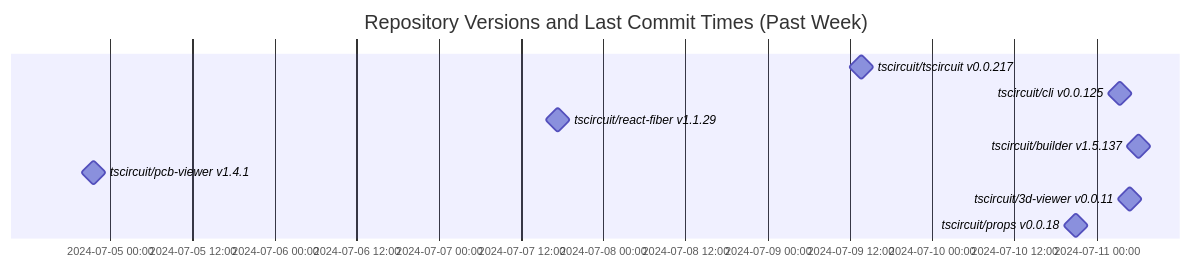
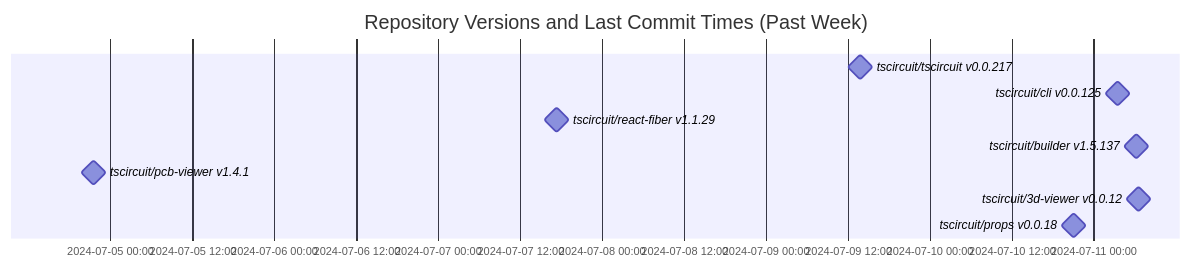
Before and after one commit to tscircuit/version-tracker: the diagram in README.md, drawn with Mermaid.

Commit message:
Update chart

````diff
--- a/README.md
+++ b/README.md
@@ -1,14 +1,14 @@
 ```mermaid
 gantt
   dateFormat  YYYY-MM-DD HH:mm:ss
   title Repository Versions and Last Commit Times (Past Week)
   axisFormat %Y-%m-%d %H:%M
 
   tscircuit/tscircuit v0.0.217 : milestone, 2024-07-09 13:42:47, 1s
   tscircuit/cli v0.0.125 : milestone, 2024-07-11 03:26:17, 1s
   tscircuit/react-fiber v1.1.29 : milestone, 2024-07-07 17:23:26, 1s
   tscircuit/builder v1.5.137 : milestone, 2024-07-11 06:10:19, 1s
   tscircuit/pcb-viewer v1.4.1 : milestone, 2024-07-04 21:31:51, 1s
-  tscircuit/3d-viewer v0.0.11 : milestone, 2024-07-11 04:54:43, 1s
+  tscircuit/3d-viewer v0.0.12 : milestone, 2024-07-11 06:31:56, 1s
   tscircuit/props v0.0.18 : milestone, 2024-07-10 20:59:29, 1s
 ```
````
